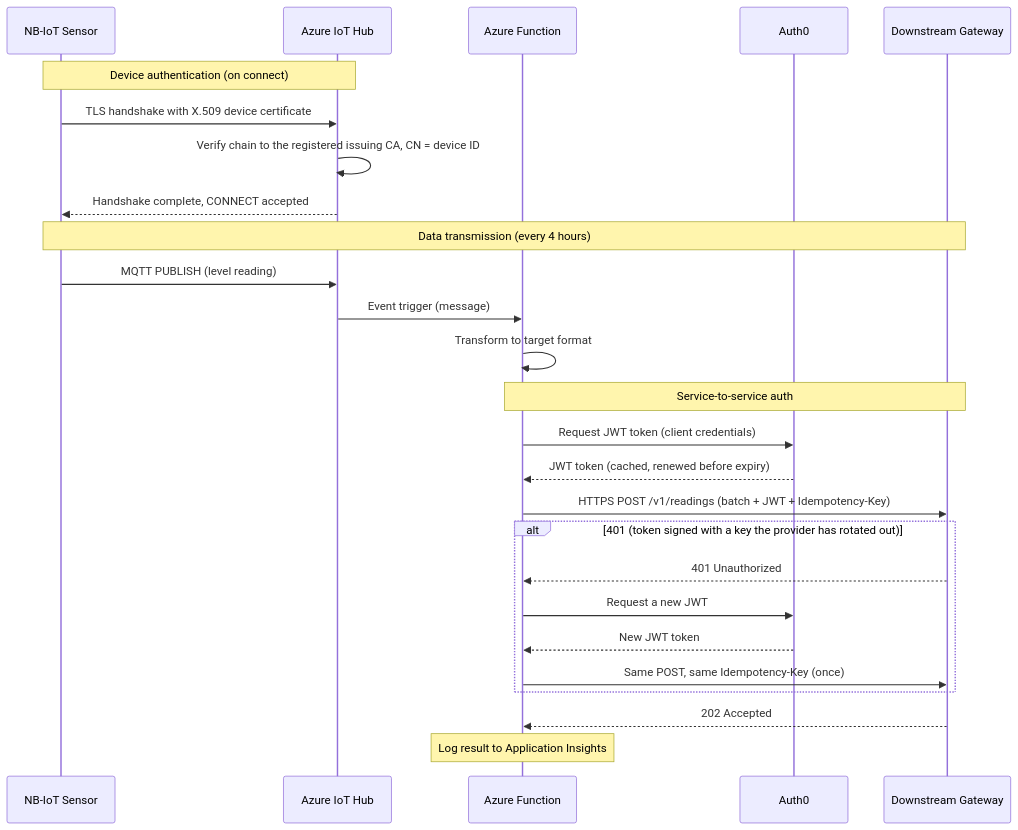
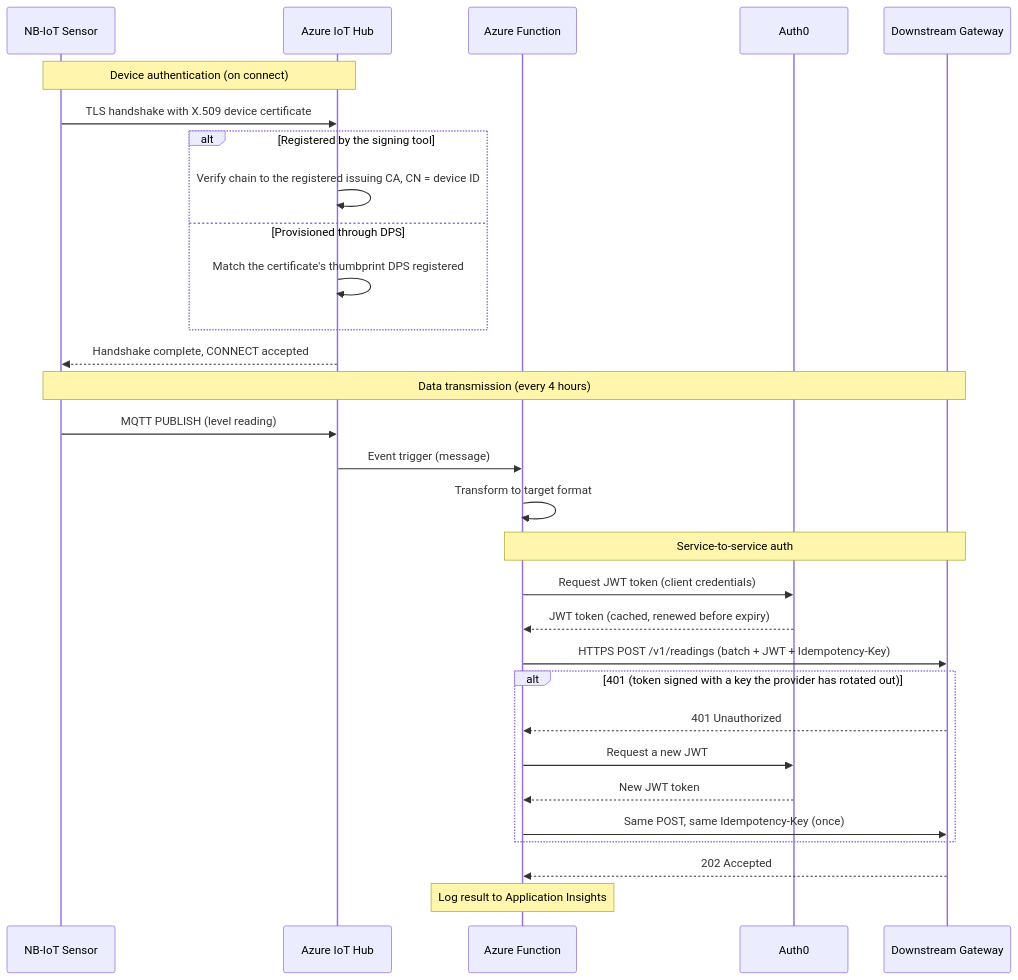
Before and after one commit to asnielsen789/IIoT-platform: the third of 6 diagrams in docs/architecture.md, drawn with Mermaid. The commit also changed other lines of this file and 5 other files, not shown here.

First line of the commit message:
Document the lifecycle of DPS-provisioned devices (#48 step 7)

````diff
--- a/docs/architecture.md
+++ b/docs/architecture.md
@@ -90,33 +96,37 @@
 ```mermaid
 sequenceDiagram
     participant S as NB-IoT Sensor
     participant IH as Azure IoT Hub
     participant AF as Azure Function
     participant A0 as Auth0
     participant GW as Downstream Gateway
 
     Note over S,IH: Device authentication (on connect)
     S->>IH: TLS handshake with X.509 device certificate
-    IH->>IH: Verify chain to the registered issuing CA, CN = device ID
+    alt Registered by the signing tool
+        IH->>IH: Verify chain to the registered issuing CA, CN = device ID
+    else Provisioned through DPS
+        IH->>IH: Match the certificate's thumbprint DPS registered
+    end
     IH-->>S: Handshake complete, CONNECT accepted
 
     Note over S,GW: Data transmission (every 4 hours)
     S->>IH: MQTT PUBLISH (level reading)
     IH->>AF: Event trigger (message)
     AF->>AF: Transform to target format
 
     Note over AF,GW: Service-to-service auth
     AF->>A0: Request JWT token (client credentials)
     A0-->>AF: JWT token (cached, renewed before expiry)
 
     AF->>GW: HTTPS POST /v1/readings (batch + JWT + Idempotency-Key)
     alt 401 (token signed with a key the provider has rotated out)
         GW-->>AF: 401 Unauthorized
         AF->>A0: Request a new JWT
         A0-->>AF: New JWT token
         AF->>GW: Same POST, same Idempotency-Key (once)
     end
     GW-->>AF: 202 Accepted
 
     Note over AF: Log result to Application Insights
 ```
````
